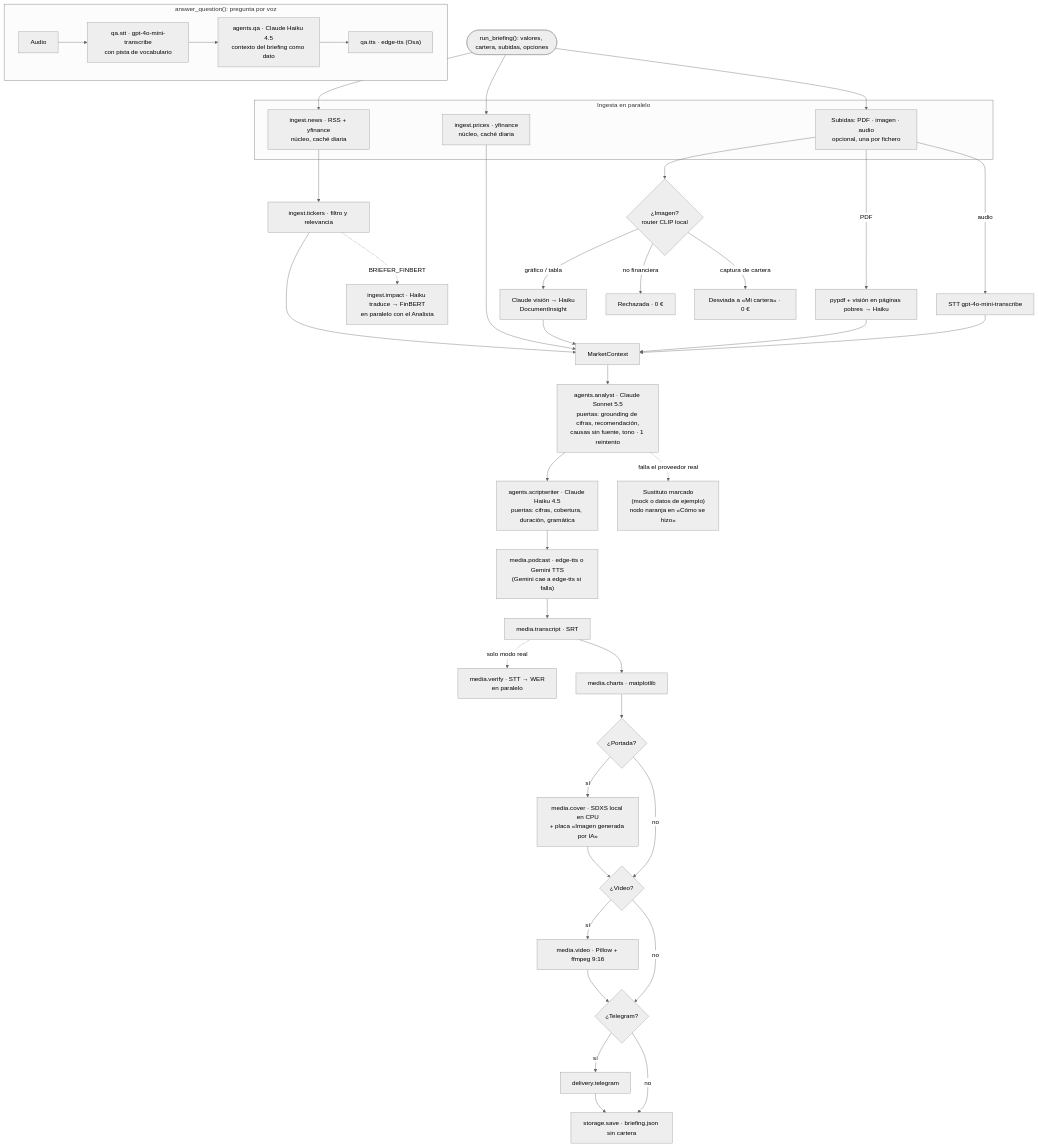
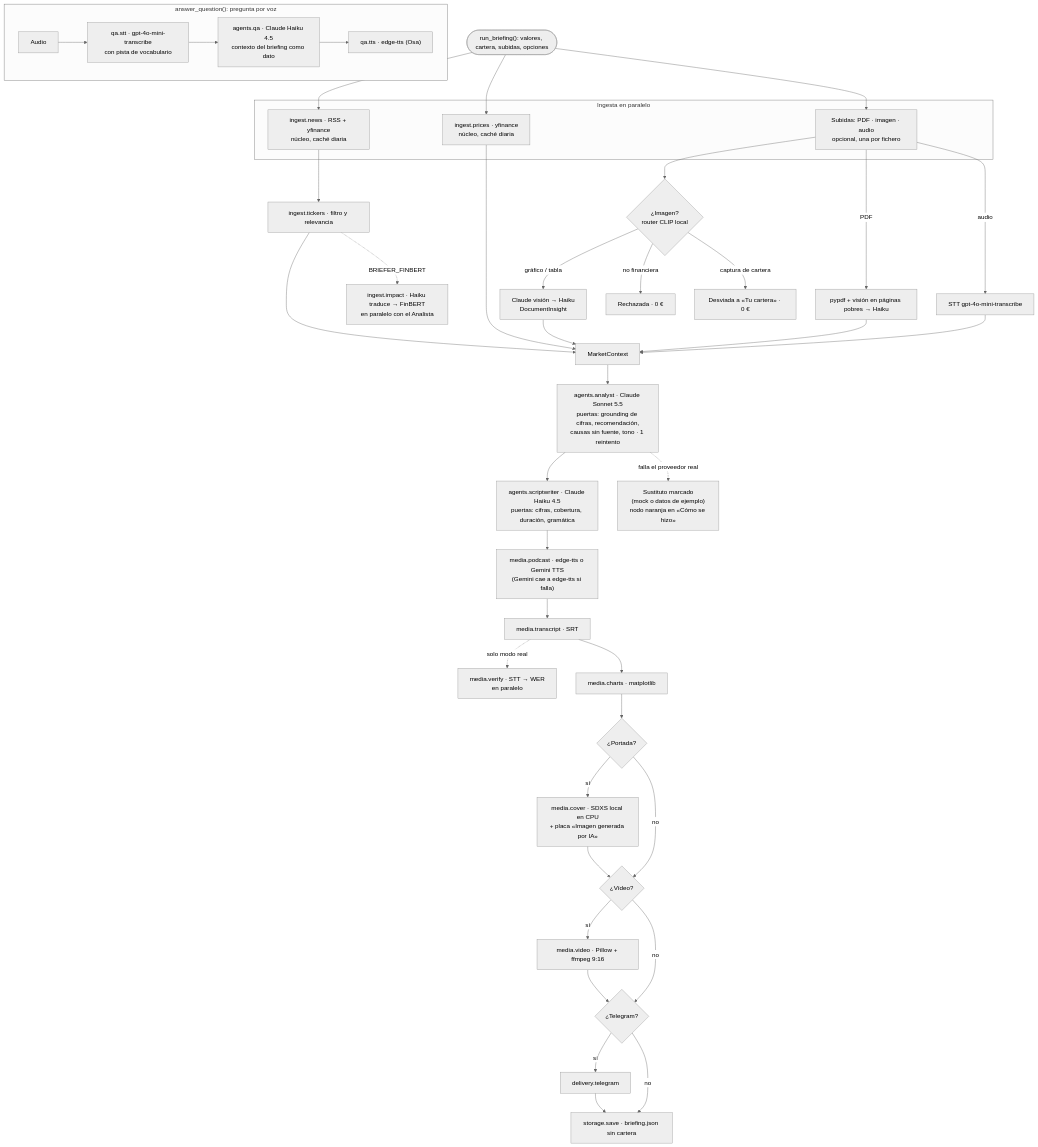
Before and after one commit to Romequinco/multimodal-market-briefer: the second of 3 diagrams in README.md, drawn with Mermaid (neutral theme). The commit also changed other lines of this file and 62 other files, not shown here.

````diff
--- a/README.md
+++ b/README.md
@@ -229,44 +229,44 @@
 ```mermaid
 flowchart TB
     START(["run_briefing(): valores, cartera, subidas, opciones"])
 
     subgraph ING["Ingesta en paralelo"]
         NEWS["ingest.news · RSS + yfinance<br/>núcleo, caché diaria"]
         PRICES["ingest.prices · yfinance<br/>núcleo, caché diaria"]
         UP["Subidas: PDF · imagen · audio<br/>opcional, una por fichero"]
     end
 
     START --> NEWS & PRICES & UP
     UP --> RT{"¿Imagen?<br/>router CLIP local"}
     RT -- "gráfico / tabla" --> VIS["Claude visión → Haiku<br/>DocumentInsight"]
     RT -- "no financiera" --> REJ["Rechazada · 0 €"]
-    RT -- "captura de cartera" --> DES["Desviada a «Mi cartera» · 0 €"]
+    RT -- "captura de cartera" --> DES["Desviada a «Tu cartera» · 0 €"]
     UP -- "PDF" --> PDF["pypdf + visión en páginas pobres → Haiku"]
     UP -- "audio" --> STT1["STT gpt-4o-mini-transcribe"]
 
     NEWS --> FILT["ingest.tickers · filtro y relevancia"]
     FILT & PRICES & VIS & PDF & STT1 --> CTX["MarketContext"]
     CTX --> AN["agents.analyst · Claude Sonnet 5.5<br/>puertas: grounding de cifras, recomendación,<br/>causas sin fuente, tono · 1 reintento"]
     FILT -. "BRIEFER_FINBERT" .-> IMP["ingest.impact · Haiku traduce → FinBERT<br/>en paralelo con el Analista"]
     AN --> SW["agents.scriptwriter · Claude Haiku 4.5<br/>puertas: cifras, cobertura, duración, gramática"]
     SW --> TTS["media.podcast · edge-tts o Gemini TTS<br/>(Gemini cae a edge-tts si falla)"]
     TTS --> TRS["media.transcript · SRT"]
     TRS -. "solo modo real" .-> VER["media.verify · STT → WER<br/>en paralelo"]
     TRS --> CH["media.charts · matplotlib"]
     CH --> QC{"¿Portada?"}
     QC -- sí --> COV["media.cover · SDXS local en CPU<br/>+ placa «Imagen generada por IA»"]
     QC -- no --> QV
     COV --> QV{"¿Vídeo?"}
     QV -- sí --> VID["media.video · Pillow + ffmpeg 9:16"]
     QV -- no --> QT
     VID --> QT{"¿Telegram?"}
     QT -- sí --> TG["delivery.telegram"]
     QT -- no --> SAVE
     TG --> SAVE["storage.save · briefing.json sin cartera"]
 
     AN -. "falla el proveedor real" .-> SUB["Sustituto marcado<br/>(mock o datos de ejemplo)<br/>nodo naranja en «Cómo se hizo»"]
 
     subgraph QAF["answer_question(): pregunta por voz"]
         Q1["Audio"] --> Q2["qa.stt · gpt-4o-mini-transcribe<br/>con pista de vocabulario"] --> Q3["agents.qa · Claude Haiku 4.5<br/>contexto del briefing como dato"] --> Q4["qa.tts · edge-tts (Osa)"]
     end
 ```
````
